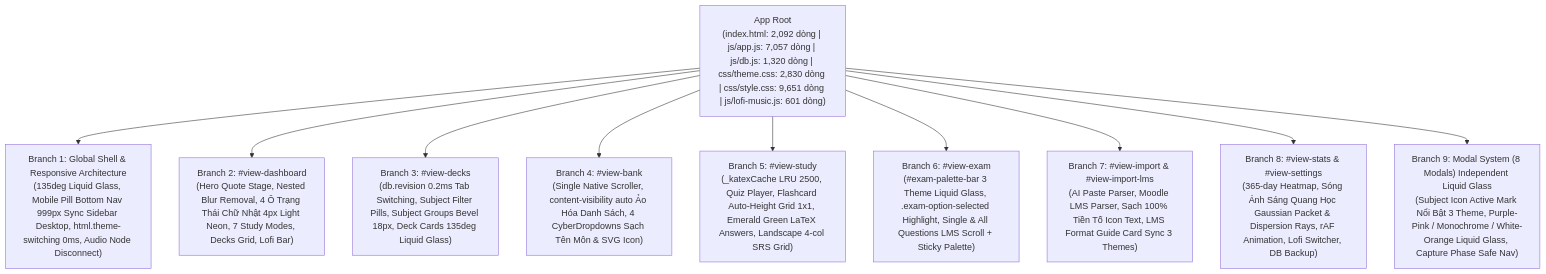
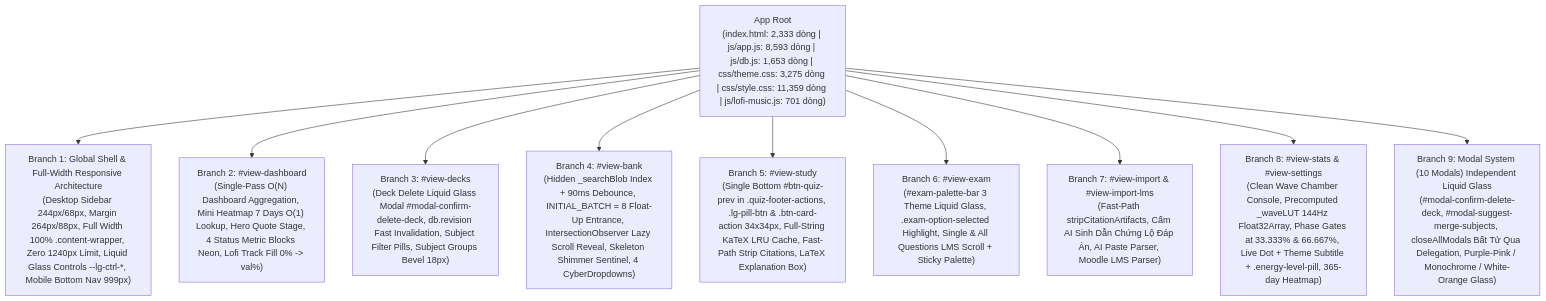
Before and after one commit to longcrpuen/tinhminhlaki: the first of 2 diagrams in ARCHITECTURE_GRAPH.md, drawn with Mermaid. The commit also changed other lines of this file and 15 other files, not shown here.

Commit message:
perf(core): finalize phase 1v max-ping optimization, fixed glass sidebar, quantum wave chamber and architecture graph

````diff
--- a/ARCHITECTURE_GRAPH.md
+++ b/ARCHITECTURE_GRAPH.md
@@ -14,14 +15,14 @@
 ```mermaid
 graph TD
-    Root["App Root<br/>(index.html: 2,092 dòng | js/app.js: 7,057 dòng | js/db.js: 1,320 dòng | css/theme.css: 2,830 dòng | css/style.css: 9,651 dòng | js/lofi-music.js: 601 dòng)"]
+    Root["App Root<br/>(index.html: 2,333 dòng | js/app.js: 8,593 dòng | js/db.js: 1,653 dòng | css/theme.css: 3,275 dòng | css/style.css: 11,359 dòng | js/lofi-music.js: 701 dòng)"]
 
-    Root --> B1["Branch 1: Global Shell & Responsive Architecture<br/>(135deg Liquid Glass, Mobile Pill Bottom Nav 999px Sync Sidebar Desktop, html.theme-switching 0ms, Audio Node Disconnect)"]
-    Root --> B2["Branch 2: #view-dashboard<br/>(Hero Quote Stage, Nested Blur Removal, 4 Ô Trạng Thái Chữ Nhật 4px Light Neon, 7 Study Modes, Decks Grid, Lofi Bar)"]
-    Root --> B3["Branch 3: #view-decks<br/>(db.revision 0.2ms Tab Switching, Subject Filter Pills, Subject Groups Bevel 18px, Deck Cards 135deg Liquid Glass)"]
-    Root --> B4["Branch 4: #view-bank<br/>(Single Native Scroller, content-visibility auto Ảo Hóa Danh Sách, 4 CyberDropdowns Sạch Tên Môn & SVG Icon)"]
-    Root --> B5["Branch 5: #view-study<br/>(_katexCache LRU 2500, Quiz Player, Flashcard Auto-Height Grid 1x1, Emerald Green LaTeX Answers, Landscape 4-col SRS Grid)"]
+    Root --> B1["Branch 1: Global Shell & Full-Width Responsive Architecture<br/>(Desktop Sidebar 244px/68px, Margin 264px/88px, Full Width 100% .content-wrapper, Zero 1240px Limit, Liquid Glass Controls --lg-ctrl-*, Mobile Bottom Nav 999px)"]
+    Root --> B2["Branch 2: #view-dashboard<br/>(Single-Pass O(N) Dashboard Aggregation, Mini Heatmap 7 Days O(1) Lookup, Hero Quote Stage, 4 Status Metric Blocks Neon, Lofi Track Fill 0% -> val%)"]
+    Root --> B3["Branch 3: #view-decks<br/>(Deck Delete Liquid Glass Modal #modal-confirm-delete-deck, db.revision Fast Invalidation, Subject Filter Pills, Subject Groups Bevel 18px)"]
+    Root --> B4["Branch 4: #view-bank<br/>(Hidden _searchBlob Index + 90ms Debounce, INITIAL_BATCH = 8 Float-Up Entrance, IntersectionObserver Lazy Scroll Reveal, Skeleton Shimmer Sentinel, 4 CyberDropdowns)"]
+    Root --> B5["Branch 5: #view-study<br/>(Single Bottom #btn-quiz-prev in .quiz-footer-actions, .lg-pill-btn & .btn-card-action 34x34px, Full-String KaTeX LRU Cache, Fast-Path Strip Citations, LaTeX Explanation Box)"]
     Root --> B6["Branch 6: #view-exam<br/>(#exam-palette-bar 3 Theme Liquid Glass, .exam-option-selected Highlight, Single & All Questions LMS Scroll + Sticky Palette)"]
-    Root --> B7["Branch 7: #view-import & #view-import-lms<br/>(AI Paste Parser, Moodle LMS Parser, Sạch 100% Tiền Tố Icon Text, LMS Format Guide Card Sync 3 Themes)"]
-    Root --> B8["Branch 8: #view-stats & #view-settings<br/>(365-day Heatmap, Sóng Ánh Sáng Quang Học Gaussian Packet & Dispersion Rays, rAF Animation, Lofi Switcher, DB Backup)"]
-    Root --> B9["Branch 9: Modal System (8 Modals) Independent Liquid Glass<br/>(Subject Icon Active Mark Nổi Bật 3 Theme, Purple-Pink / Monochrome / White-Orange Liquid Glass, Capture Phase Safe Nav)"]
+    Root --> B7["Branch 7: #view-import & #view-import-lms<br/>(Fast-Path stripCitationArtifacts, Cấm AI Sinh Dẫn Chứng Lộ Đáp Án, AI Paste Parser, Moodle LMS Parser)"]
+    Root --> B8["Branch 8: #view-stats & #view-settings<br/>(Clean Wave Chamber Console, Precomputed _waveLUT 144Hz Float32Array, Phase Gates at 33.333% & 66.667%, Live Dot + Theme Subtitle + .energy-level-pill, 365-day Heatmap)"]
+    Root --> B9["Branch 9: Modal System (10 Modals) Independent Liquid Glass<br/>(#modal-confirm-delete-deck, #modal-suggest-merge-subjects, closeAllModals Bất Tử Qua Delegation, Purple-Pink / Monochrome / White-Orange Glass)"]
 ```
````
